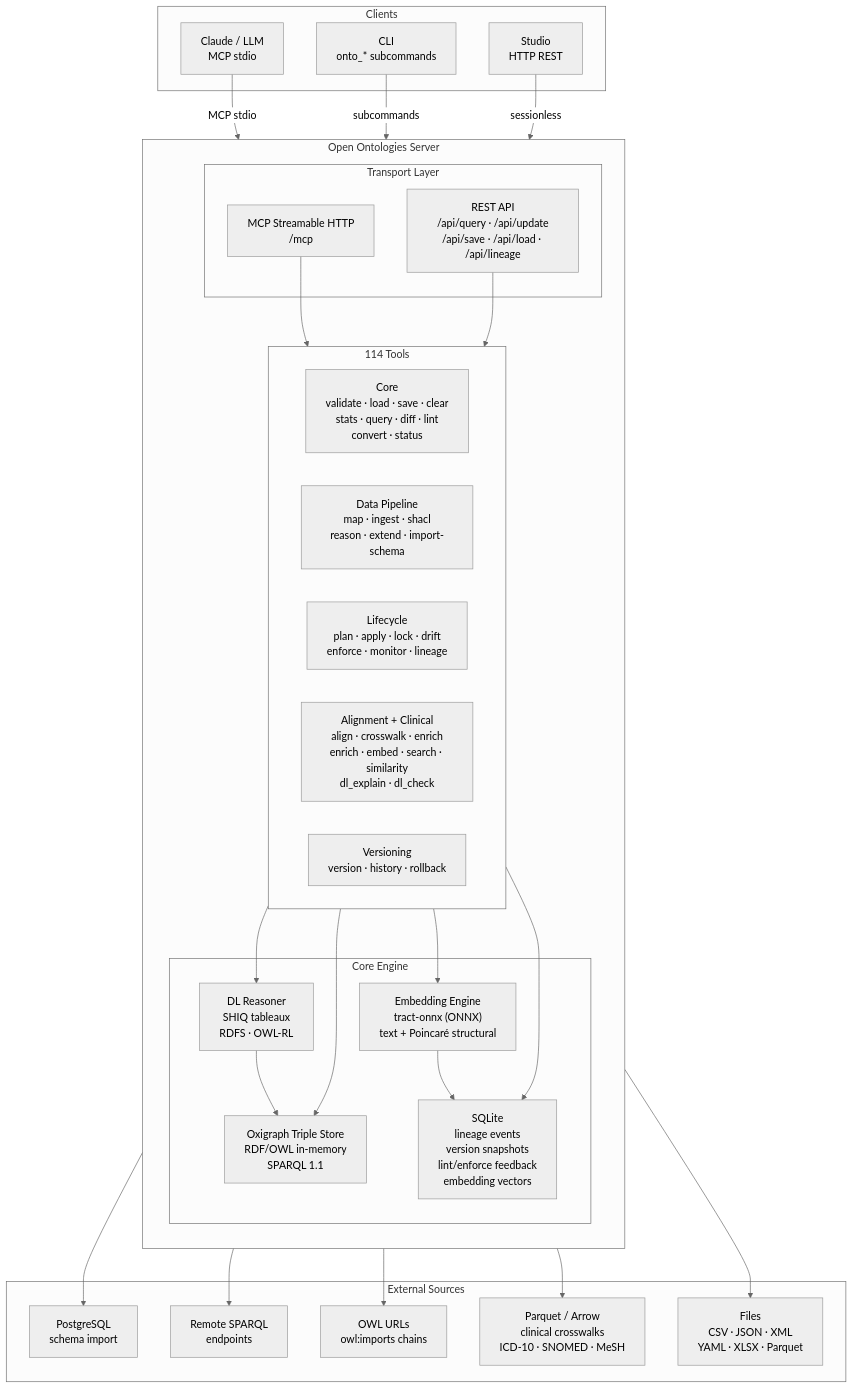
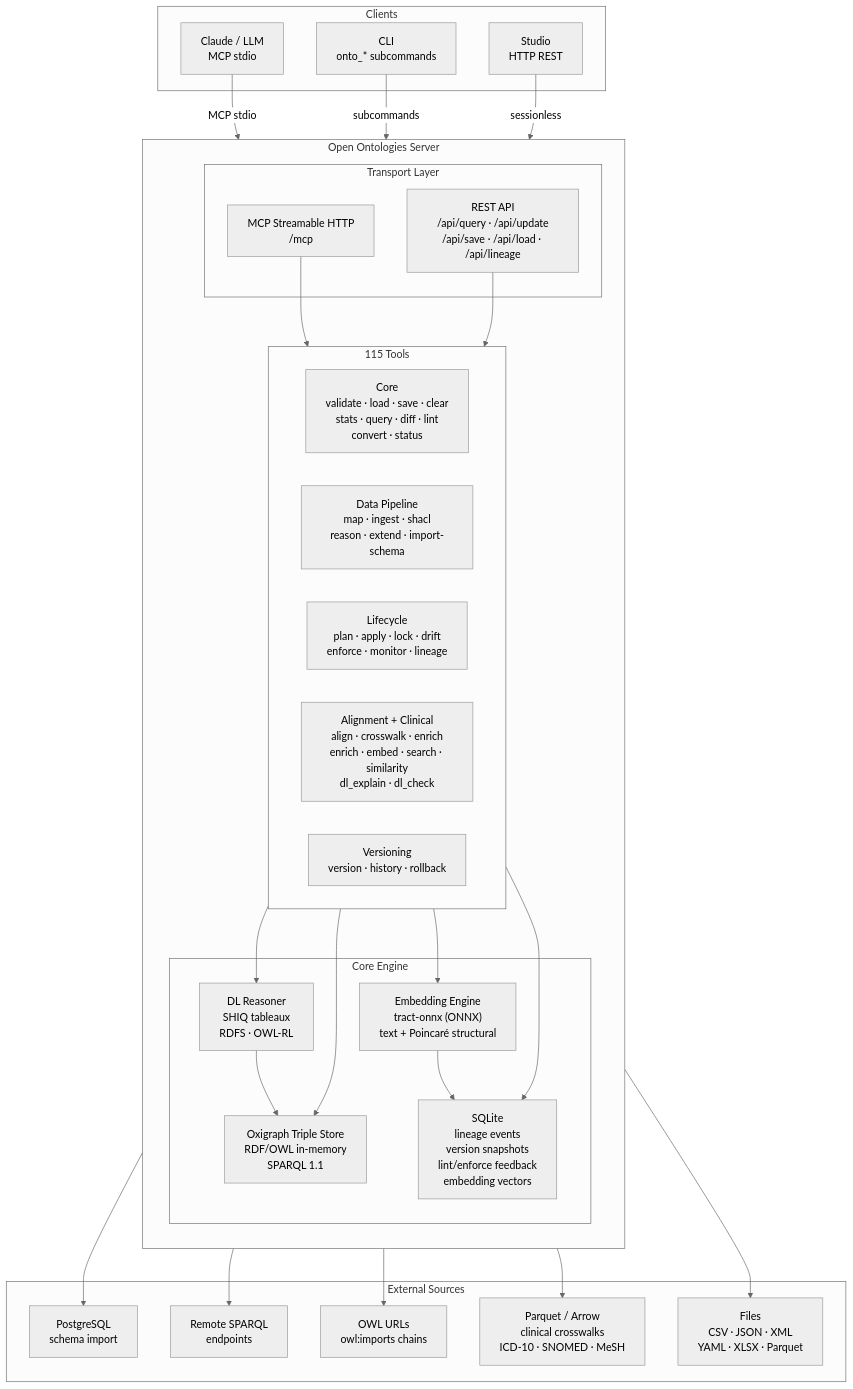
Before and after one commit to Elendil-Q/open-ontologies: the first of 2 diagrams in docs/architecture.md, drawn with Mermaid (neutral theme). The commit also changed 15 other files, not shown here.

````diff
--- a/docs/architecture.md
+++ b/docs/architecture.md
@@ -11,62 +11,62 @@
 ```mermaid
 flowchart TD
     subgraph Clients["Clients"]
         Claude["Claude / LLM\nMCP stdio"]
         CLI["CLI\nonto_* subcommands"]
         Studio["Studio\nHTTP REST"]
     end
 
     subgraph Server["Open Ontologies Server"]
         direction TB
 
         subgraph Transport["Transport Layer"]
             MCP_HTTP["MCP Streamable HTTP\n/mcp"]
             REST["REST API\n/api/query · /api/update\n/api/save · /api/load · /api/lineage"]
         end
 
-        subgraph ToolGroups["114 Tools"]
+        subgraph ToolGroups["115 Tools"]
             direction LR
             Core["Core\nvalidate · load · save · clear\nstats · query · diff · lint\nconvert · status"]
             DataPipe["Data Pipeline\nmap · ingest · shacl\nreason · extend · import-schema"]
             Lifecycle["Lifecycle\nplan · apply · lock · drift\nenforce · monitor · lineage"]
             Advanced["Alignment + Clinical\nalign · crosswalk · enrich\nenrich · embed · search · similarity\ndl_explain · dl_check"]
             Version["Versioning\nversion · history · rollback"]
         end
 
         subgraph Core2["Core Engine"]
             GraphStore["Oxigraph Triple Store\nRDF/OWL in-memory\nSPARQL 1.1"]
             SQLite["SQLite\nlineage events\nversion snapshots\nlint/enforce feedback\nembedding vectors"]
             Reasoner["DL Reasoner\nSHIQ tableaux\nRDFS · OWL-RL"]
             Embedder["Embedding Engine\ntract-onnx (ONNX)\ntext + Poincaré structural"]
         end
     end
 
     subgraph External["External Sources"]
         PG["PostgreSQL\nschema import"]
         SPARQL["Remote SPARQL\nendpoints"]
         OWL["OWL URLs\nowl:imports chains"]
         Parquet["Parquet / Arrow\nclinical crosswalks\nICD-10 · SNOMED · MeSH"]
         Files["Files\nCSV · JSON · XML\nYAML · XLSX · Parquet"]
     end
 
     Claude -->|"MCP stdio"| MCP_HTTP
     CLI -->|"subcommands"| MCP_HTTP
     Studio -->|"sessionless"| REST
 
     MCP_HTTP --> ToolGroups
     REST --> ToolGroups
 
     ToolGroups --> GraphStore
     ToolGroups --> SQLite
     ToolGroups --> Reasoner
     ToolGroups --> Embedder
 
     Reasoner --> GraphStore
     Embedder --> SQLite
 
     DataPipe --> Files
     Advanced --> Parquet
     Core --> OWL
     Core --> SPARQL
     DataPipe --> PG
 ```
````
